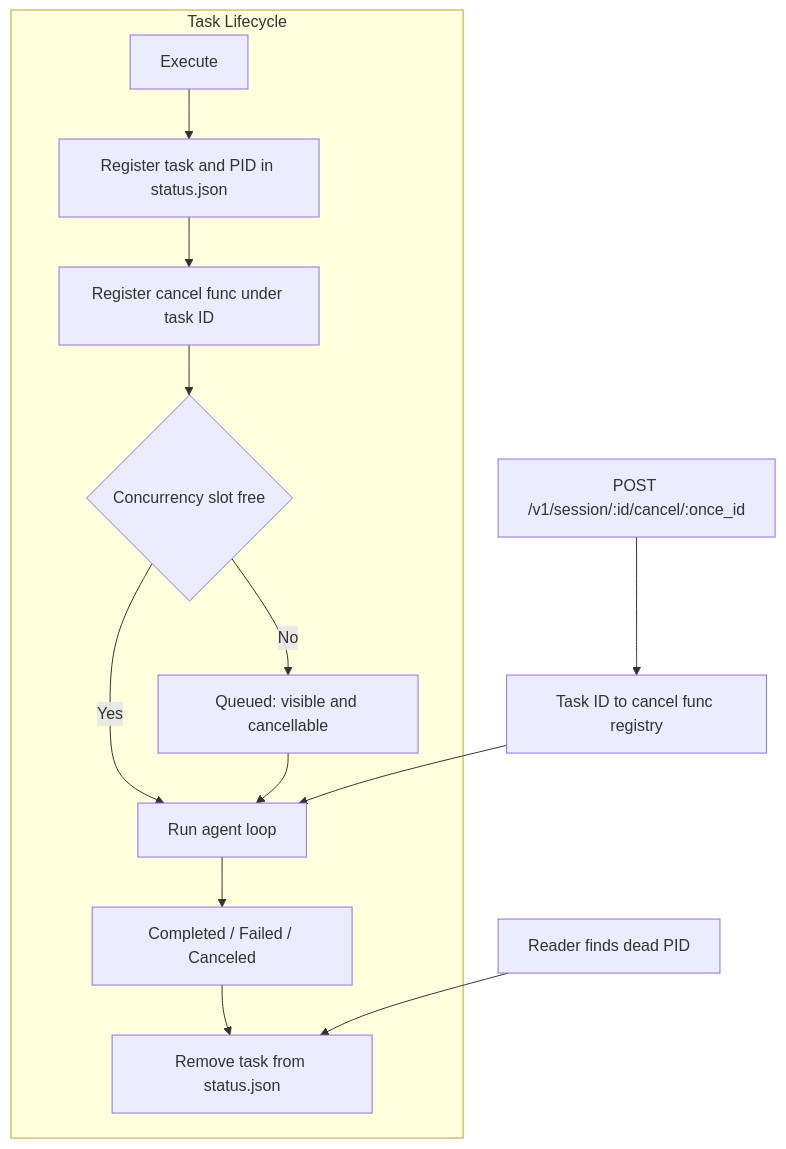
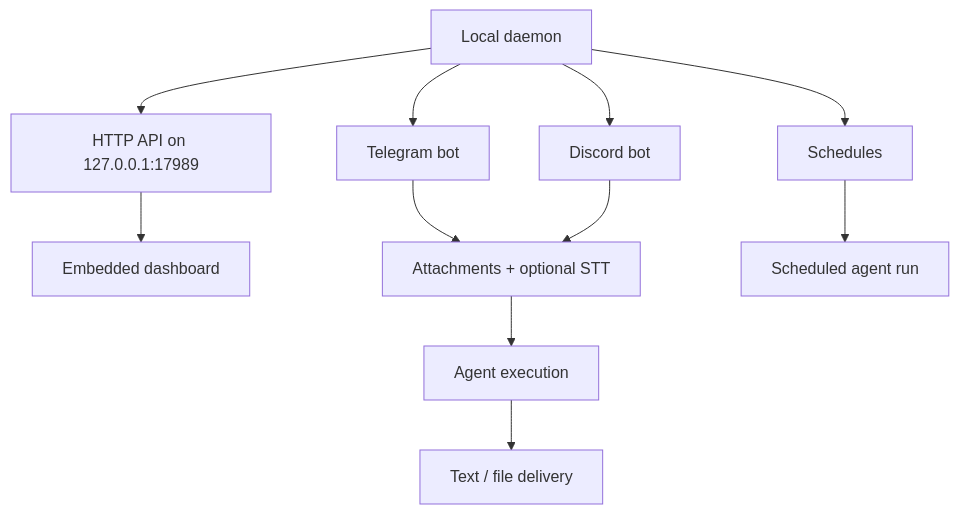
Before and after one commit to agenvoy/Agenvoy: the sixth of 9 diagrams in doc/architecture.md, drawn with Mermaid. The commit also changed other lines of this file and 5 other files, not shown here.

````diff
--- a/doc/architecture.md
+++ b/doc/architecture.md
@@ -173,16 +108,13 @@
 ```mermaid
 graph TB
-    subgraph Lifecycle[Task Lifecycle]
-        Start[Execute] --> Register[Register task and PID in status.json]
-        Register --> CancelReg[Register cancel func under task ID]
-        CancelReg --> Gate{Concurrency slot free}
-        Gate -->|Yes| Run[Run agent loop]
-        Gate -->|No| Queue[Queued: visible and cancellable]
-        Queue --> Run
-        Run --> Terminal[Completed / Failed / Canceled]
-        Terminal --> Clear[Remove task from status.json]
-    end
-    CancelAPI[POST /v1/session/:id/cancel/:once_id] --> Registry[Task ID to cancel func registry]
-    Registry --> Run
-    StaleCheck[Reader finds dead PID] --> Clear
+    Daemon[Local daemon] --> API[HTTP API on 127.0.0.1:17989]
+    API --> Dashboard[Embedded dashboard]
+    Daemon --> Scheduler[Schedules]
+    Daemon --> Telegram[Telegram bot]
+    Daemon --> Discord[Discord bot]
+    Telegram --> Attachment[Attachments + optional STT]
+    Discord --> Attachment
+    Attachment --> ChannelRun[Agent execution]
+    ChannelRun --> Delivery[Text / file delivery]
+    Scheduler --> ScheduledRun[Scheduled agent run]
 ```
````
